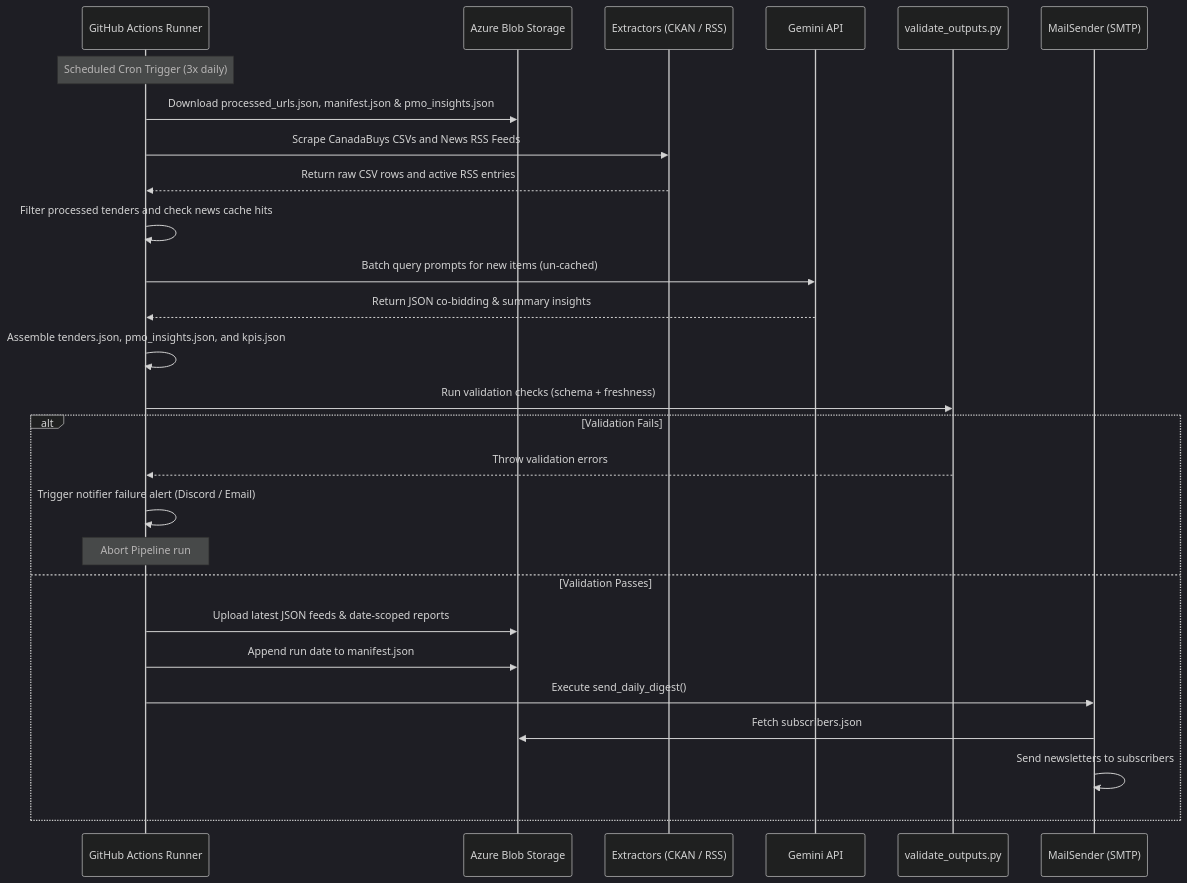
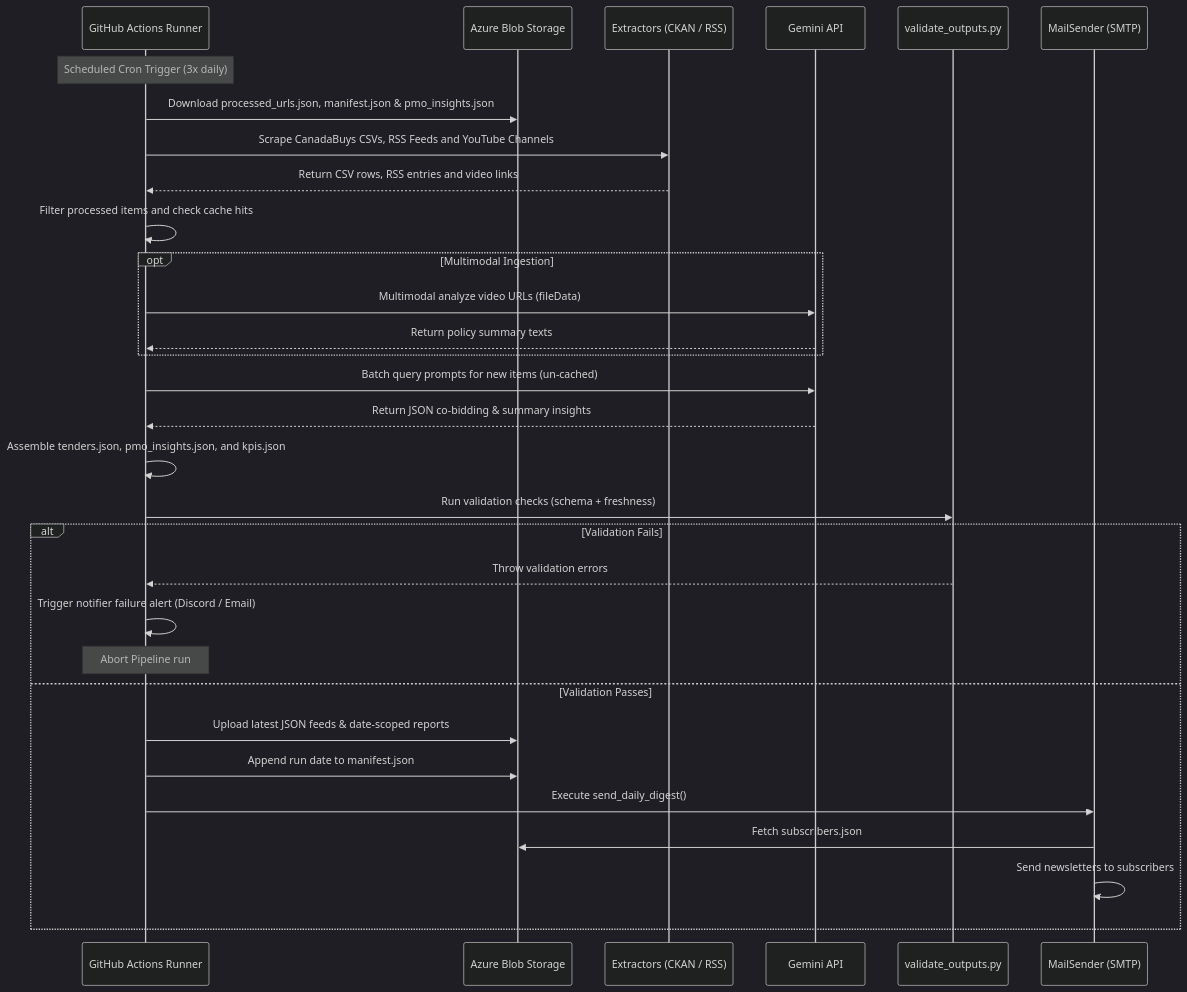
Before and after one commit to 4mayAi/canadian-grant-intelligence: the second of 2 diagrams in docs/architecture_arc42.md, drawn with Mermaid (dark theme). The commit also changed other lines of this file and 7 other files, not shown here.

Commit message:
feat: Integrate YouTube channel ingestion and video enrichment with clean formatting

````diff
--- a/docs/architecture_arc42.md
+++ b/docs/architecture_arc42.md
@@ -140,30 +141,34 @@
 ```mermaid
 sequenceDiagram
     participant Job as GitHub Actions Runner
     participant Azure as Azure Blob Storage
     participant Ext as Extractors (CKAN / RSS)
     participant LLM as Gemini API
     participant Valid as validate_outputs.py
     participant Mail as MailSender (SMTP)
 
     Note over Job: Scheduled Cron Trigger (3x daily)
     Job->>Azure: Download processed_urls.json, manifest.json & pmo_insights.json
-    Job->>Ext: Scrape CanadaBuys CSVs and News RSS Feeds
-    Ext-->>Job: Return raw CSV rows and active RSS entries
-    Job->>Job: Filter processed tenders and check news cache hits
+    Job->>Ext: Scrape CanadaBuys CSVs, RSS Feeds and YouTube Channels
+    Ext-->>Job: Return CSV rows, RSS entries and video links
+    Job->>Job: Filter processed items and check cache hits
+    opt Multimodal Ingestion
+        Job->>LLM: Multimodal analyze video URLs (fileData)
+        LLM-->>Job: Return policy summary texts
+    end
     Job->>LLM: Batch query prompts for new items (un-cached)
     LLM-->>Job: Return JSON co-bidding & summary insights
     Job->>Job: Assemble tenders.json, pmo_insights.json, and kpis.json
     Job->>Valid: Run validation checks (schema + freshness)
     alt Validation Fails
         Valid-->>Job: Throw validation errors
         Job->>Job: Trigger notifier failure alert (Discord / Email)
         Note over Job: Abort Pipeline run
     else Validation Passes
         Job->>Azure: Upload latest JSON feeds & date-scoped reports
         Job->>Azure: Append run date to manifest.json
         Job->>Mail: Execute send_daily_digest()
         Mail->>Azure: Fetch subscribers.json
         Mail->>Mail: Send newsletters to subscribers
     end
 ```
````
